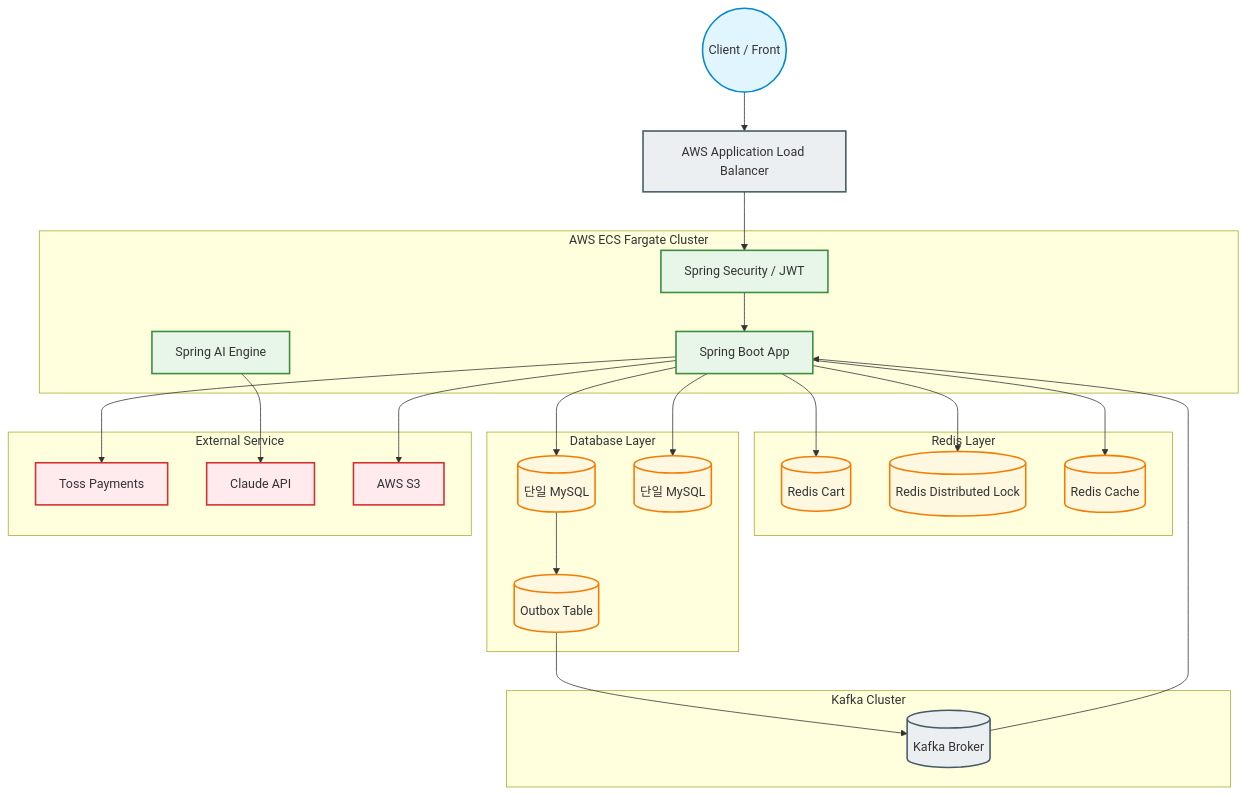
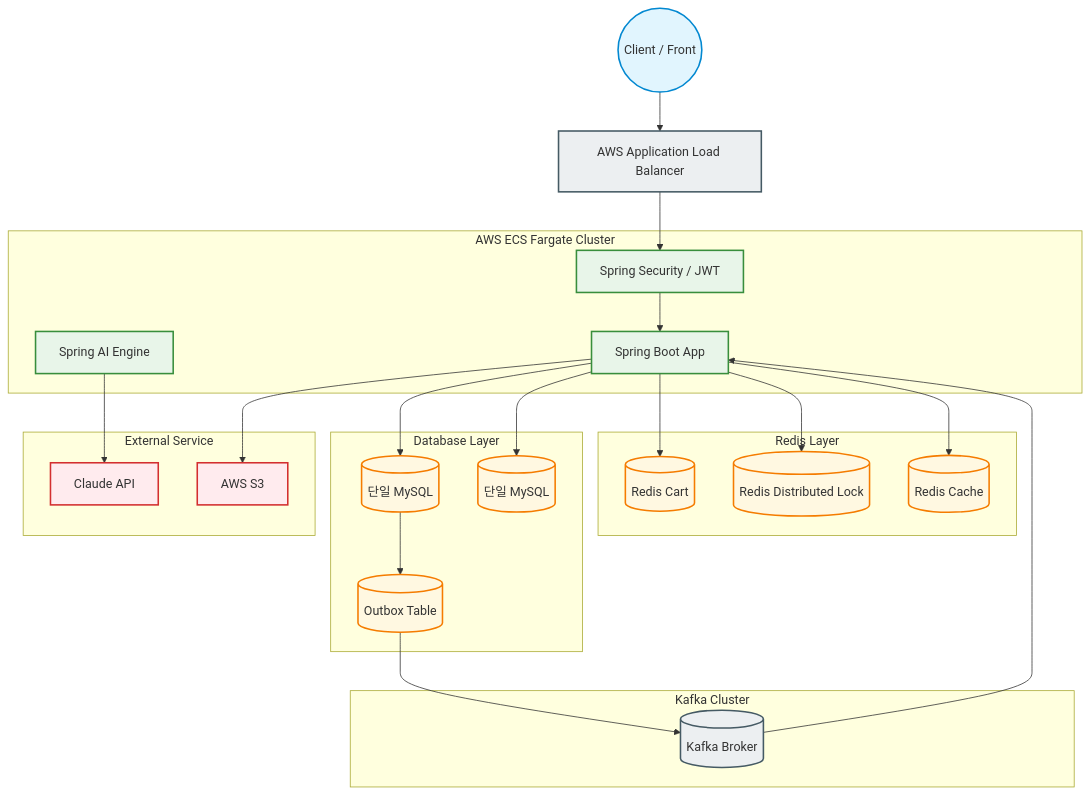
One commit to one-stop-project/one-stop-project changed the diagram in README.md. Above: the diagram before and after it, drawn with Mermaid. The commit also changed other lines of this file, not shown here.

````diff
--- a/README.md
+++ b/README.md
@@ -117,59 +117,57 @@
 ```mermaid
 graph TD
     classDef client fill:#E1F5FE,stroke:#0288D1,stroke-width:2px;
     classDef infra fill:#ECEFF1,stroke:#455A64,stroke-width:2px;
     classDef app fill:#E8F5E9,stroke:#388E3C,stroke-width:2px;
     classDef db fill:#FFF8E1,stroke:#F57C00,stroke-width:2px;
     classDef ext fill:#FFEBEE,stroke:#D32F2F,stroke-width:2px;
 
     Client((Client / Front)):::client
     ALB[AWS Application Load Balancer]:::infra
 
     subgraph ECS [AWS ECS Fargate Cluster]
         SpringApp[Spring Boot App]:::app
         Security[Spring Security / JWT]:::app
         SpringAI[Spring AI Engine]:::app
     end
 
     subgraph RedisLayer [Redis Layer]
         RedisCart[(Redis Cart)]:::db
         RedisLock[(Redis Distributed Lock)]:::db
         RedisCache[(Redis Cache)]:::db
     end
 
     subgraph DB [Database Layer]
         MySQLM[(단일 MySQL)]:::db
         MySQLR[(단일 MySQL)]:::db
         Outbox[(Outbox Table)]:::db
     end
 
     subgraph Kafka [Kafka Cluster]
         Broker[(Kafka Broker)]:::infra
     end
 
     subgraph External [External Service]
-        Toss[Toss Payments]:::ext
         Claude[Claude API]:::ext
         S3[AWS S3]:::ext
     end
 
     Client --> ALB
     ALB --> Security
     Security --> SpringApp
 
     SpringApp --> RedisCart
     SpringApp --> RedisLock
     SpringApp --> RedisCache
 
     SpringApp --> MySQLM
     SpringApp --> MySQLR
 
     MySQLM --> Outbox
     Outbox --> Broker
 
     Broker --> SpringApp
 
-    SpringApp --> Toss
     SpringAI --> Claude
     SpringApp --> S3
 ```
````
